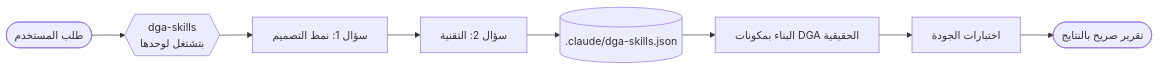
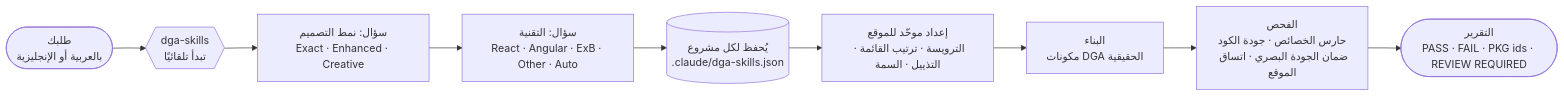
One commit to Ahmed-Darwish55/DGA-Skills-Toolkit changed the diagram in README.ar.md. Above: the diagram before and after it, drawn with Mermaid. The commit also changed other lines of this file and 27 other files, not shown here.

````diff
--- a/README.ar.md
+++ b/README.ar.md
@@ -43,10 +117,11 @@
 ```mermaid
 flowchart LR
-    U(["طلب المستخدم"]) --> S{{"dga-skills<br/>بتشتغل لوحدها"}}
-    S --> M["سؤال 1: نمط التصميم"]
-    M --> T["سؤال 2: التقنية"]
-    T --> P[(".claude/dga-skills.json")]
-    P --> B["البناء بمكونات DGA الحقيقية"]
-    B --> Q["اختبارات الجودة"]
-    Q --> R(["تقرير صريح بالنتايج"])
+    U(["طلبك<br/>بالعربية أو الإنجليزية"]) --> S{{"dga-skills<br/>تبدأ تلقائيًا"}}
+    S --> M["سؤال: نمط التصميم<br/>Exact · Enhanced · Creative"]
+    M --> T["سؤال: التقنية<br/>React · Angular · ExB · Other · Auto"]
+    T --> P[("يُحفظ لكل مشروع<br/>.claude/dga-skills.json")]
+    P --> C["إعداد موحّد للموقع<br/>الترويسة · ترتيب القائمة · التذييل · السمة"]
+    C --> B["البناء<br/>مكونات DGA الحقيقية"]
+    B --> Q["الفحص<br/>حارس الخصائص · جودة الكود<br/>ضمان الجودة البصري · اتساق الموقع"]
+    Q --> R(["التقرير<br/>PASS · FAIL · PKG ids · REVIEW REQUIRED"])
 ```
````
